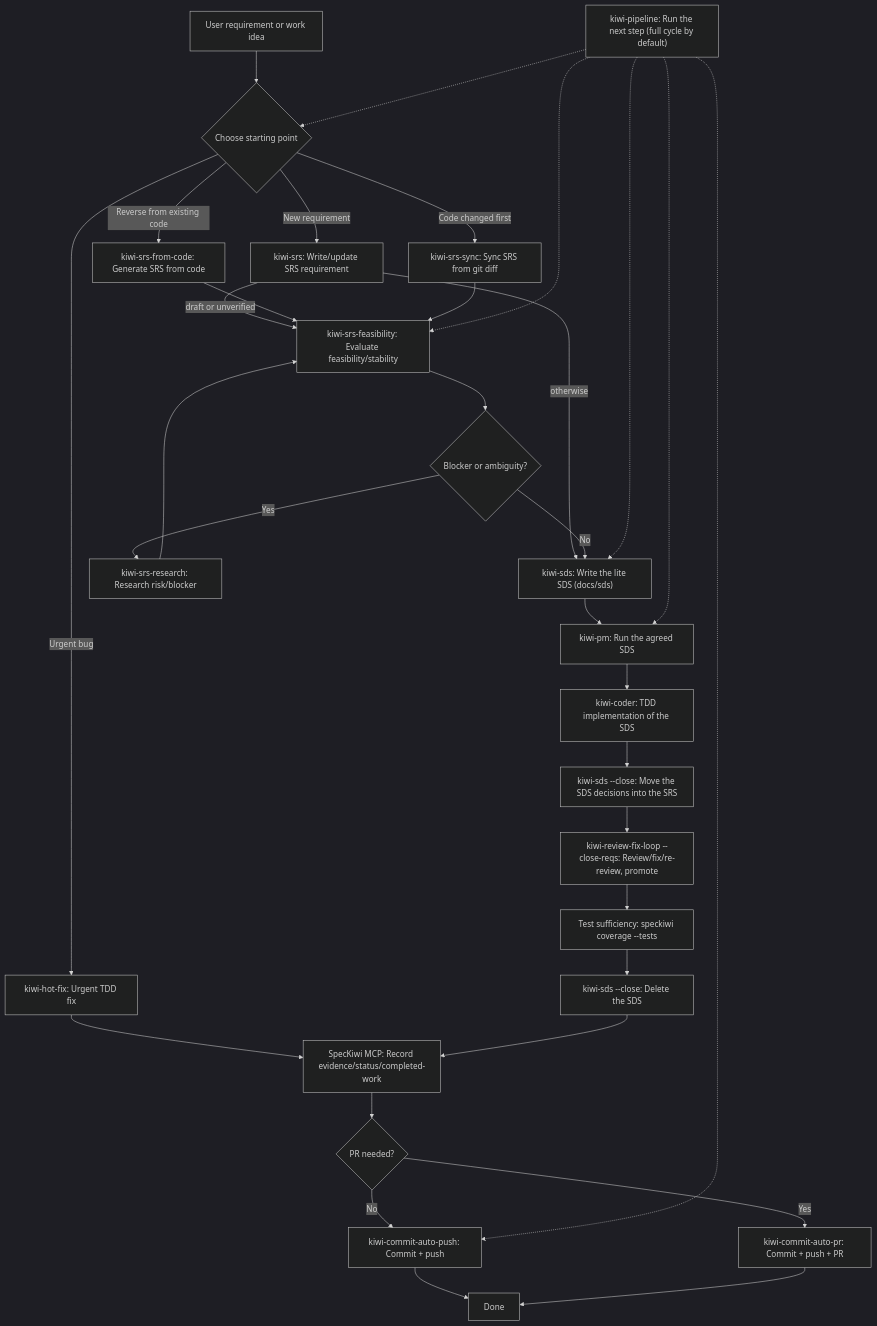
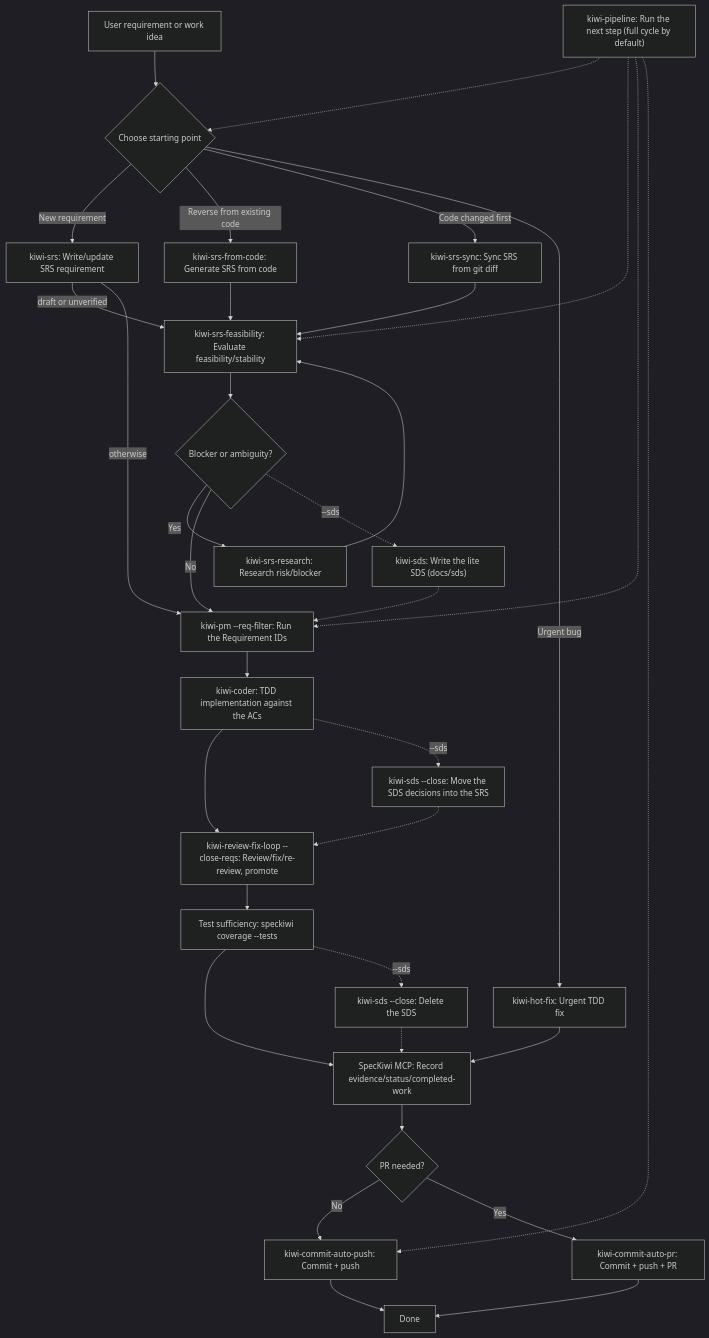
Before and after one commit to Snoworca/speckiwi: the first of 4 diagrams in README.md, drawn with Mermaid (dark theme). The commit also changed other lines of this file and 288 other files, not shown here.

First line of the commit message:
feat: SDS 를 사용자 지시 때만 쓰고, wave 파일·Windows 락·MCP root 를 도구로 다잡는다

````diff
--- a/README.md
+++ b/README.md
@@ -419,38 +420,40 @@
 ```mermaid
 flowchart TD
     A["User requirement or work idea"] --> B{"Choose starting point"}
     B -->|New requirement| C["kiwi-srs: Write/update SRS requirement"]
     B -->|Reverse from existing code| D["kiwi-srs-from-code: Generate SRS from code"]
     B -->|Code changed first| E["kiwi-srs-sync: Sync SRS from git diff"]
     B -->|Urgent bug| Q["kiwi-hot-fix: Urgent TDD fix"]
 
     C -->|draft or unverified| F["kiwi-srs-feasibility: Evaluate feasibility/stability"]
-    C -->|otherwise| I
+    C -->|otherwise| J
     D --> F
     E --> F
     Q --> M
 
     F --> G{"Blocker or ambiguity?"}
     G -->|Yes| H["kiwi-srs-research: Research risk/blocker"]
     H --> F
-    G -->|No| I["kiwi-sds: Write the lite SDS (docs/sds)"]
+    G -->|No| J["kiwi-pm --req-filter: Run the Requirement IDs"]
+    G -.->|"--sds"| I["kiwi-sds: Write the lite SDS (docs/sds)"]
+    I -.-> J
 
-    I --> J["kiwi-pm: Run the agreed SDS"]
-    J --> K["kiwi-coder: TDD implementation of the SDS"]
-    K --> X["kiwi-sds --close: Move the SDS decisions into the SRS"]
-    X --> R["kiwi-review-fix-loop --close-reqs: Review/fix/re-review, promote"]
+    J --> K["kiwi-coder: TDD implementation against the ACs"]
+    K --> R["kiwi-review-fix-loop --close-reqs: Review/fix/re-review, promote"]
+    K -.->|"--sds"| X["kiwi-sds --close: Move the SDS decisions into the SRS"]
+    X -.-> R
     R --> V["Test sufficiency: speckiwi coverage --tests"]
-    V --> Y["kiwi-sds --close: Delete the SDS"]
-    Y --> M["SpecKiwi MCP: Record evidence/status/completed-work"]
+    V --> M["SpecKiwi MCP: Record evidence/status/completed-work"]
+    V -.->|"--sds"| Y["kiwi-sds --close: Delete the SDS"]
+    Y -.-> M
     M --> S{"PR needed?"}
     S -->|No| N["kiwi-commit-auto-push: Commit + push"]
     S -->|Yes| T["kiwi-commit-auto-pr: Commit + push + PR"]
     N --> O["Done"]
     T --> O
 
     P["kiwi-pipeline: Run the next step (full cycle by default)"] -.-> B
     P -.-> F
-    P -.-> I
     P -.-> J
     P -.-> N
 ```
````
